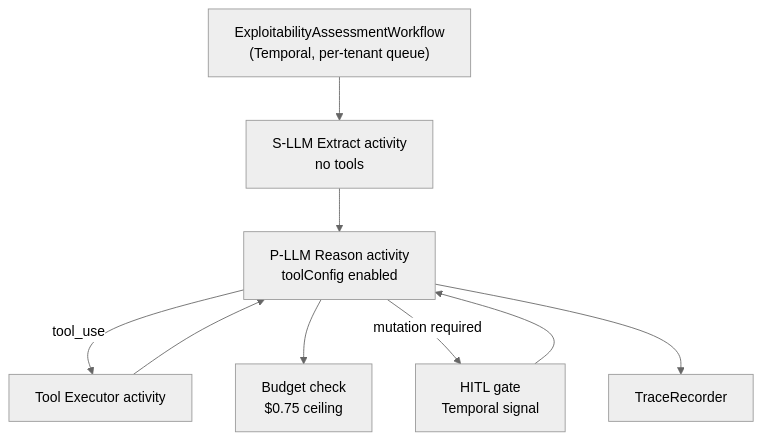
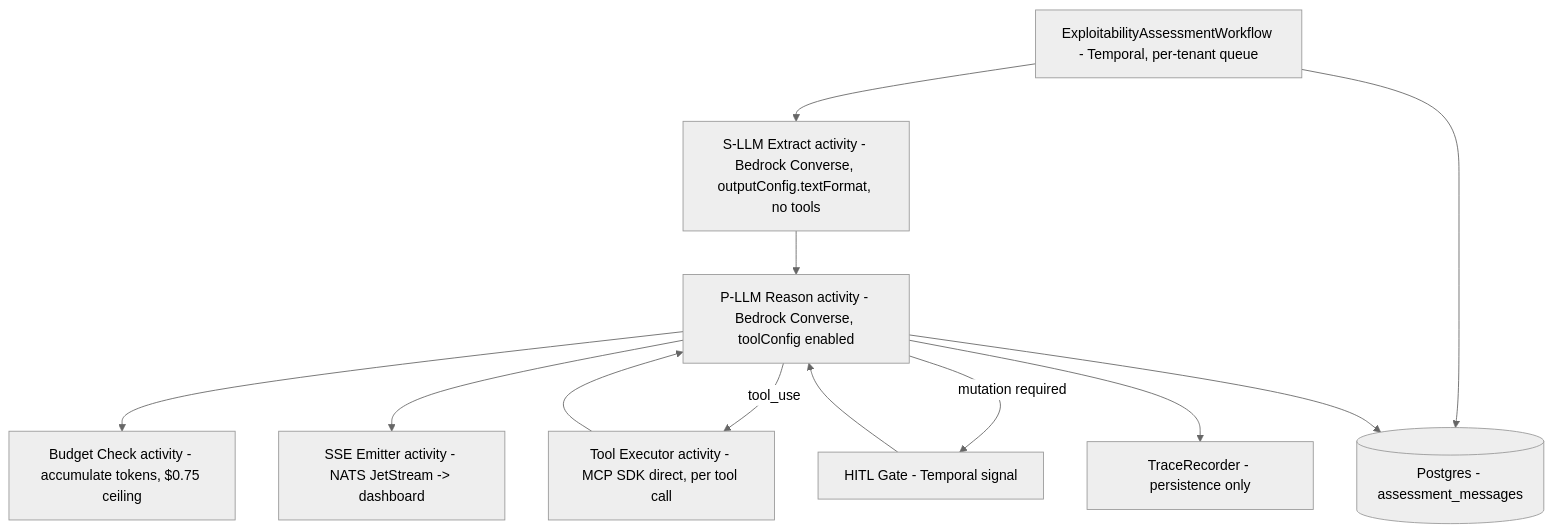
Before and after one commit to sagichubook/claude-obsidian: the third of 12 diagrams in wiki/areas/dux-architecture/Dux Architecture Guide.md, drawn with Mermaid (neutral theme). The commit also changed other lines of this file and 40 other files, not shown here.

````diff
--- a/wiki/areas/dux-architecture/Dux Architecture Guide.md
+++ b/wiki/areas/dux-architecture/Dux Architecture Guide.md
@@ -156,16 +316,21 @@
 ```mermaid
 flowchart TD
-    WF["ExploitabilityAssessmentWorkflow\n(Temporal, per-tenant queue)"]
-    SLLM["S-LLM Extract activity\nno tools"]
-    PLLM["P-LLM Reason activity\ntoolConfig enabled"]
-    Tool["Tool Executor activity"]
-    Budget["Budget check\n$0.75 ceiling"]
-    HITL["HITL gate\nTemporal signal"]
-    Trace["TraceRecorder"]
+    WF["ExploitabilityAssessmentWorkflow - Temporal, per-tenant queue"]
+    SLLM["S-LLM Extract activity - Bedrock Converse, outputConfig.textFormat, no tools"]
+    PLLM["P-LLM Reason activity - Bedrock Converse, toolConfig enabled"]
+    Tool["Tool Executor activity - MCP SDK direct, per tool call"]
+    Budget["Budget Check activity - accumulate tokens, $0.75 ceiling"]
+    SSE["SSE Emitter activity - NATS JetStream -> dashboard"]
+    PG[(Postgres - assessment_messages)]
+    HITL["HITL Gate - Temporal signal"]
+    Trace["TraceRecorder - persistence only"]
 
     WF --> SLLM --> PLLM
     PLLM -- tool_use --> Tool --> PLLM
     PLLM --> Budget
+    PLLM --> SSE
     PLLM -- mutation required --> HITL --> PLLM
+    WF --> PG
+    PLLM --> PG
     PLLM --> Trace
 ```
````
